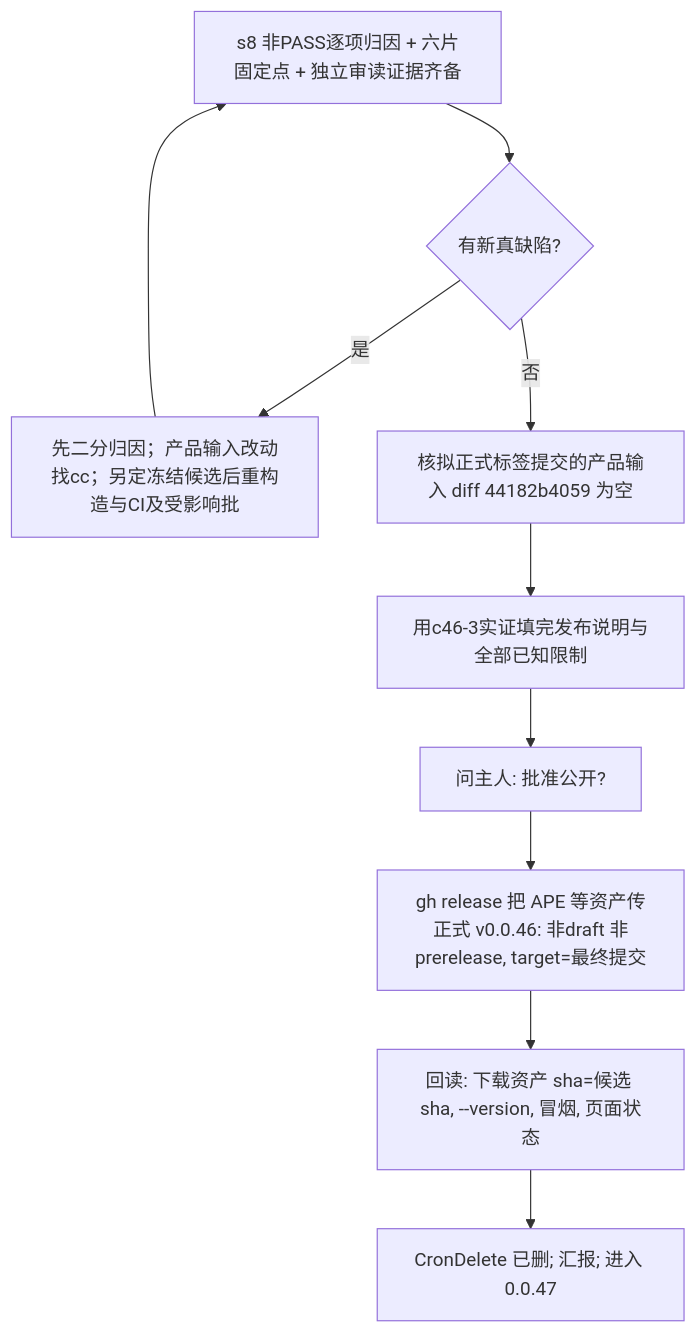
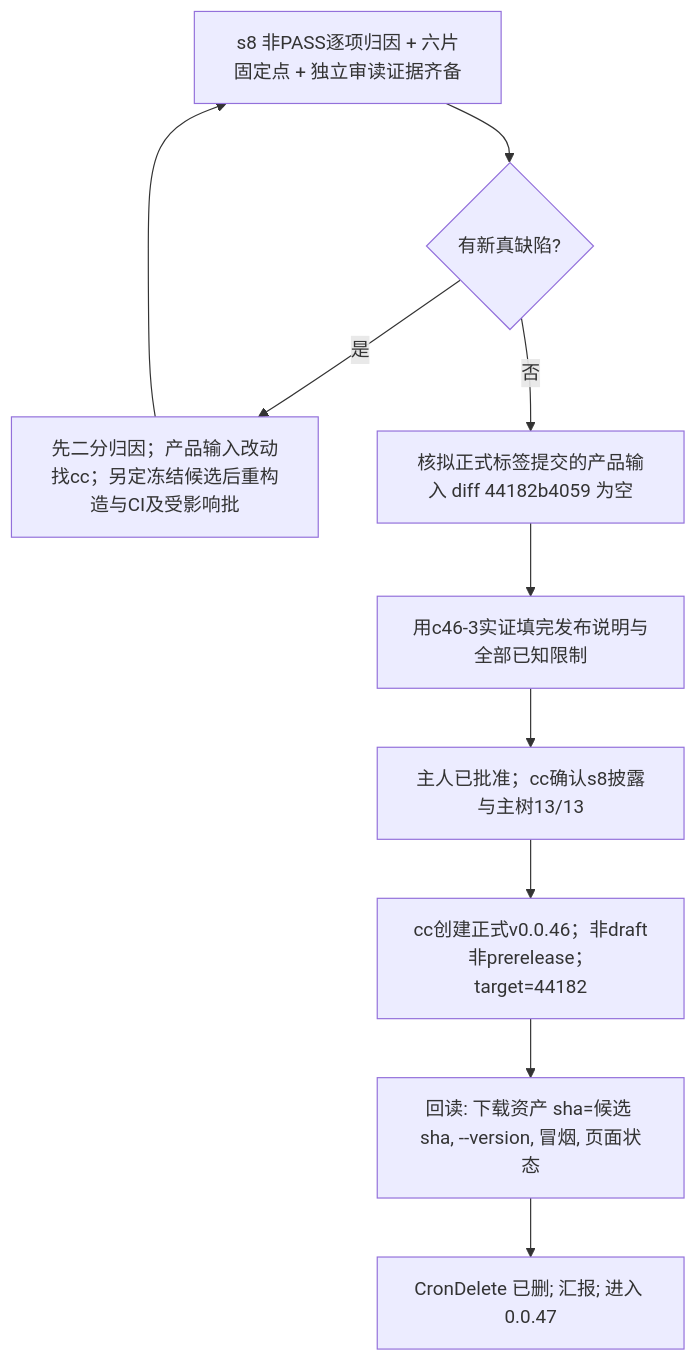
The fourth of 4 diagrams in plans/v0.0.46-unisacc.md (partnernetsoftware/unisacc), drawn with Mermaid before and after one commit. The commit also changed other lines of this file and 4 other files, not shown here.

````diff
--- a/plans/v0.0.46-unisacc.md
+++ b/plans/v0.0.46-unisacc.md
@@ -216,11 +216,11 @@
 ```mermaid
 flowchart TD
   A[s8 非PASS逐项归因 + 六片固定点 + 独立审读证据齐备] --> B{有新真缺陷?}
   B -- 是 --> C[先二分归因；产品输入改动找cc；另定冻结候选后重构造与CI及受影响批] --> A
   B -- 否 --> D[核拟正式标签提交的产品输入 diff 44182b4059 为空]
   D --> E[用c46-3实证填完发布说明与全部已知限制]
-  E --> F[问主人: 批准公开?]
-  F --> G[gh release 把 APE 等资产传正式 v0.0.46: 非draft 非prerelease, target=最终提交]
+  E --> F[主人已批准；cc确认s8披露与主树13/13]
+  F --> G[cc创建正式v0.0.46；非draft非prerelease；target=44182]
   G --> H[回读: 下载资产 sha=候选 sha, --version, 冒烟, 页面状态]
   H --> I[CronDelete 已删; 汇报; 进入 0.0.47]
 ```
````
